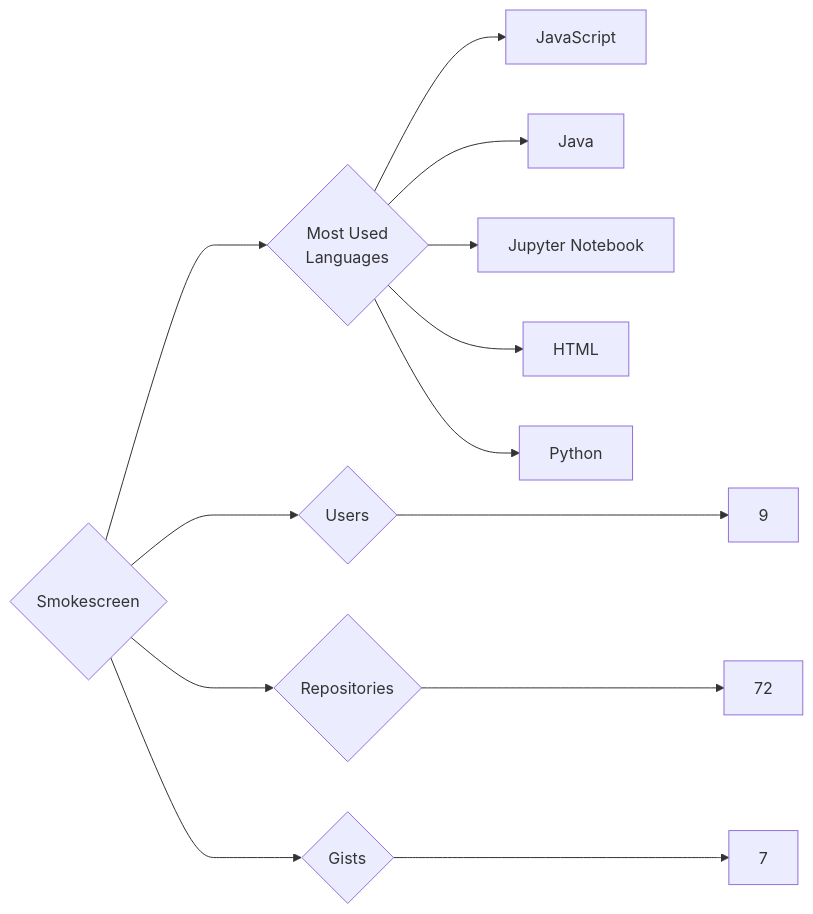
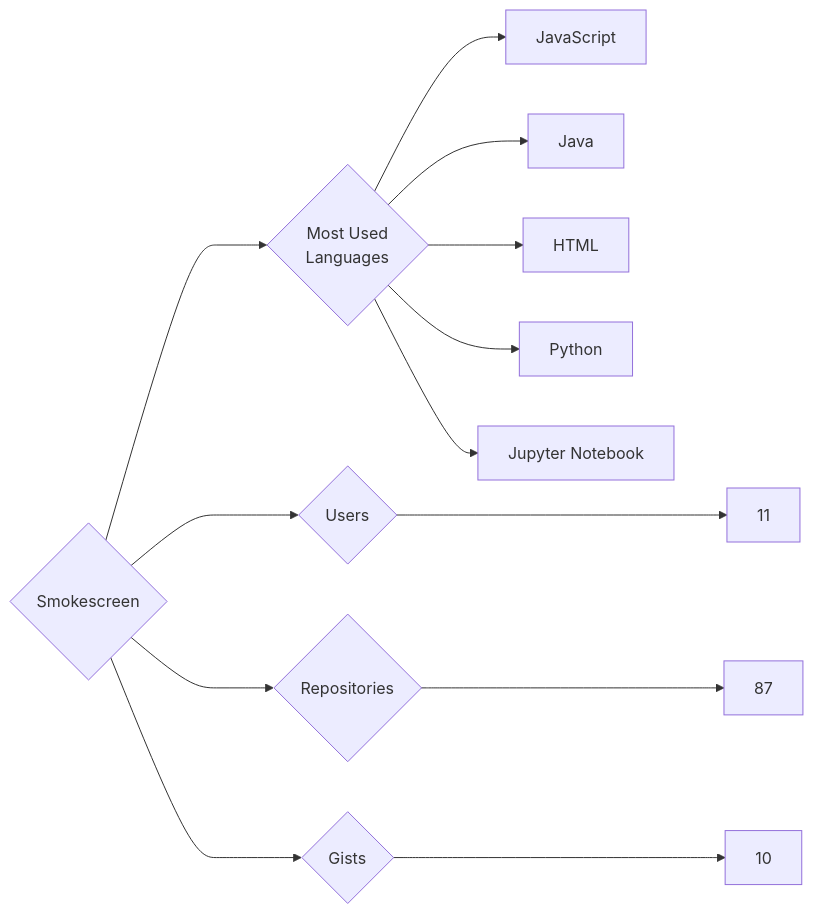
The diagram in targets/Smokescreen/README.md (trickest/insiders), drawn with Mermaid before and after one commit. The commit also changed 1496 other files, not shown here.

````diff
--- a/targets/Smokescreen/README.md
+++ b/targets/Smokescreen/README.md
@@ -3,13 +3,13 @@
 ```mermaid
 graph LR
 COMPANY_NAME{Smokescreen}
-COMPANY_NAME ---> U{Users} ---> UN[9]
-COMPANY_NAME ---> R{Repositories} ---> RN[72]
-COMPANY_NAME ---> G{Gists} ---> GN[7]
+COMPANY_NAME ---> U{Users} ---> UN[11]
+COMPANY_NAME ---> R{Repositories} ---> RN[87]
+COMPANY_NAME ---> G{Gists} ---> GN[10]
 COMPANY_NAME ---> ML{Most Used<br>Languages}
 ML --> JavaScript[JavaScript]
 ML --> Java[Java]
-ML --> Jupyter_Notebook[Jupyter Notebook]
 ML --> HTML[HTML]
 ML --> Python[Python]
+ML --> Jupyter_Notebook[Jupyter Notebook]
 ```
````
